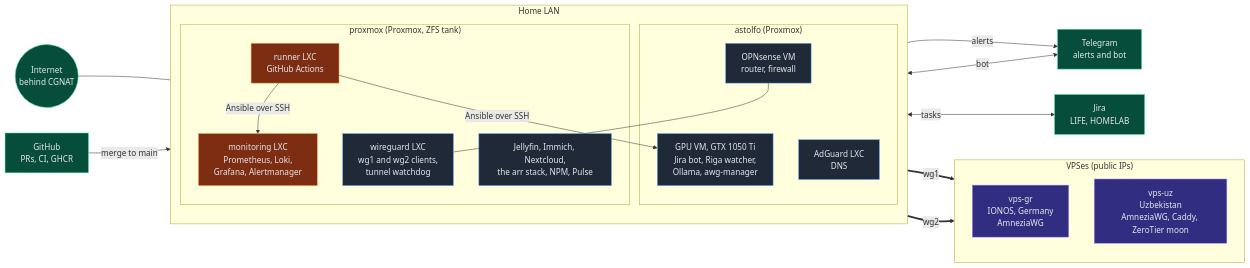
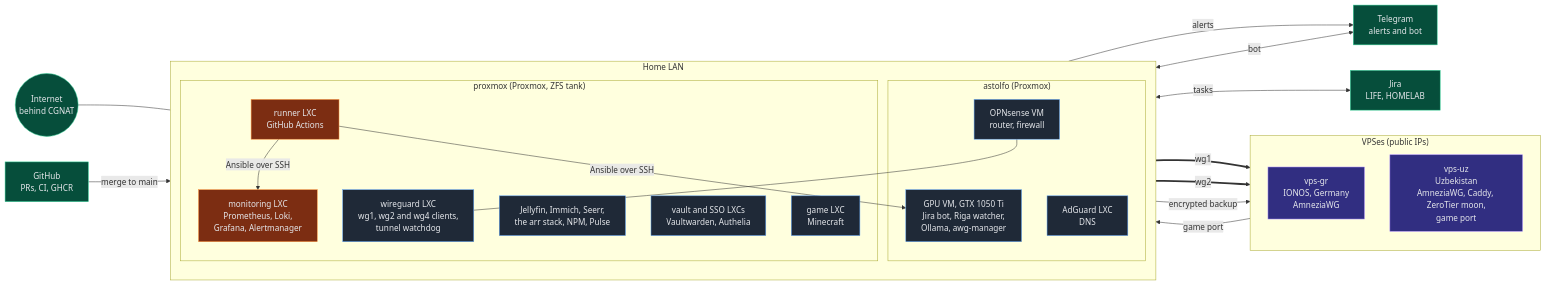
The first of 2 diagrams in README.md (ayzek-sempai/homelab-showcase), drawn with Mermaid before and after one commit. The commit also changed other lines of this file and 6 other files, not shown here.

````diff
--- a/README.md
+++ b/README.md
@@ -52,44 +52,48 @@
 ```mermaid
 flowchart LR
     classDef home fill:#1f2937,stroke:#60a5fa,color:#e5e7eb
     classDef vps fill:#312e81,stroke:#a78bfa,color:#e5e7eb
     classDef ext fill:#064e3b,stroke:#34d399,color:#e5e7eb
     classDef ops fill:#7c2d12,stroke:#fb923c,color:#e5e7eb
 
     NET(("Internet<br/>behind CGNAT")):::ext
     GH["GitHub<br/>PRs, CI, GHCR"]:::ext
     TG["Telegram<br/>alerts and bot"]:::ext
     JIRA["Jira<br/>LIFE, HOMELAB"]:::ext
 
     subgraph VPS["VPSes (public IPs)"]
         direction TB
         GR["vps-gr<br/>IONOS, Germany<br/>AmneziaWG"]:::vps
-        UZ["vps-uz<br/>Uzbekistan<br/>AmneziaWG, Caddy, ZeroTier moon"]:::vps
+        UZ["vps-uz<br/>Uzbekistan<br/>AmneziaWG, Caddy, ZeroTier moon,<br/>game port"]:::vps
     end
 
     subgraph HOME["Home LAN"]
         direction TB
         subgraph ASTOLFO["astolfo (Proxmox)"]
             OPN["OPNsense VM<br/>router, firewall"]:::home
             GPU["GPU VM, GTX 1050 Ti<br/>Jira bot, Riga watcher,<br/>Ollama, awg-manager"]:::home
             ADG["AdGuard LXC<br/>DNS"]:::home
         end
         subgraph PROXMOX["proxmox (Proxmox, ZFS tank)"]
-            WGCT["wireguard LXC<br/>wg1 and wg2 clients,<br/>tunnel watchdog"]:::home
+            WGCT["wireguard LXC<br/>wg1, wg2 and wg4 clients,<br/>tunnel watchdog"]:::home
             RUN["runner LXC<br/>GitHub Actions"]:::ops
             MON["monitoring LXC<br/>Prometheus, Loki,<br/>Grafana, Alertmanager"]:::ops
-            APPS["Jellyfin, Immich, Nextcloud,<br/>the arr stack, NPM, Pulse"]:::home
+            APPS["Jellyfin, Immich, Seerr,<br/>the arr stack, NPM, Pulse"]:::home
+            VAULT["vault and SSO LXCs<br/>Vaultwarden, Authelia"]:::home
+            GAME["game LXC<br/>Minecraft"]:::home
         end
     end
 
     NET --- OPN
     OPN --- WGCT
     WGCT == "wg1" ==> GR
     WGCT == "wg2" ==> UZ
     GH -- "merge to main" --> RUN
     RUN -- "Ansible over SSH" --> GPU
     RUN -- "Ansible over SSH" --> MON
     MON -- "alerts" --> TG
+    VAULT -- "encrypted backup" --> VPS
+    UZ -- "game port" --> GAME
     GPU <-- "bot" --> TG
     GPU <-- "tasks" --> JIRA
 ```
````
